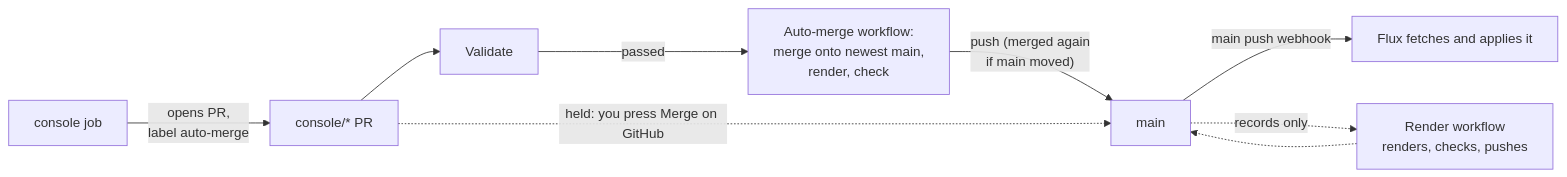
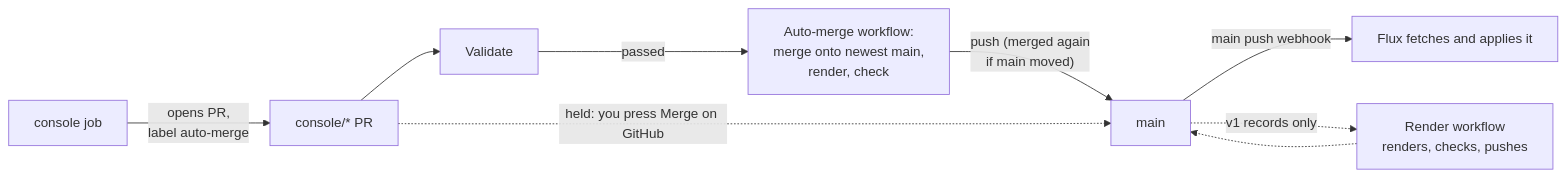
Before and after one commit to samclement/swhurl-platform: the diagram in docs/console.md, drawn with Mermaid. The commit also changed other lines of this file and 18 other files, not shown here.

````diff
--- a/docs/console.md
+++ b/docs/console.md
@@ -113,9 +123,9 @@
 ```mermaid
 flowchart LR
   console["console job"] -->|"opens PR,<br/>label auto-merge"| pr["console/* PR"]
   pr --> validate["Validate"]
   validate -->|"passed"| wf["Auto-merge workflow:<br/>merge onto newest main,<br/>render, check"]
   wf -->|"push (merged again<br/>if main moved)"| main["main"] -->|"main push webhook"| flux["Flux fetches and applies it"]
   pr -.->|"held: you press Merge on GitHub"| main
-  main -.->|"records only"| render["Render workflow<br/>renders, checks, pushes"] -.-> main
+  main -.->|"v1 records only"| render["Render workflow<br/>renders, checks, pushes"] -.-> main
 ```
````
